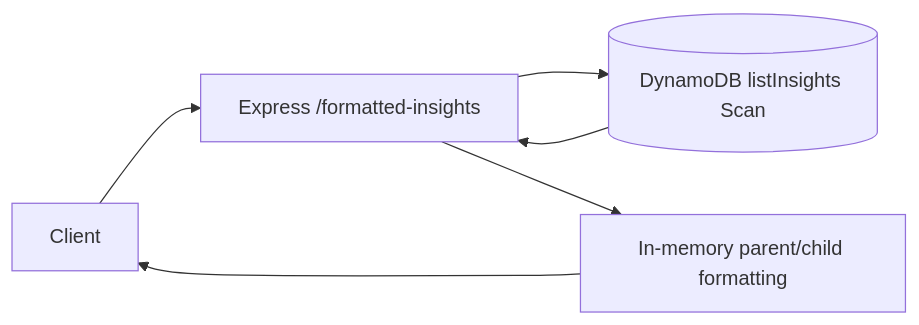
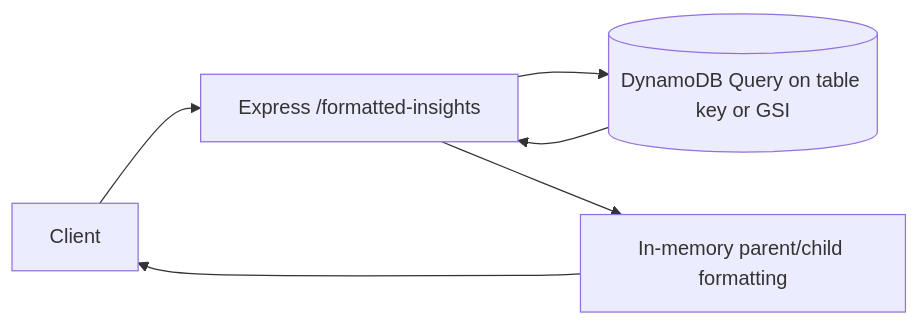
One commit to samriddhishree/aetio-backend changed the third of 7 diagrams in README.md. Above: the diagram before and after it, drawn with Mermaid. The commit also changed other lines of this file and 17 other files, not shown here.

````diff
--- a/README.md
+++ b/README.md
@@ -170,8 +169,8 @@
 ```mermaid
 flowchart LR
   C[Client] --> API[Express /formatted-insights]
-  API --> DDB[(DynamoDB listInsights Scan)]
+  API --> DDB[(DynamoDB Query on table key or GSI)]
   DDB --> API
   API --> M[In-memory parent/child formatting]
   M --> C
 ```
````
